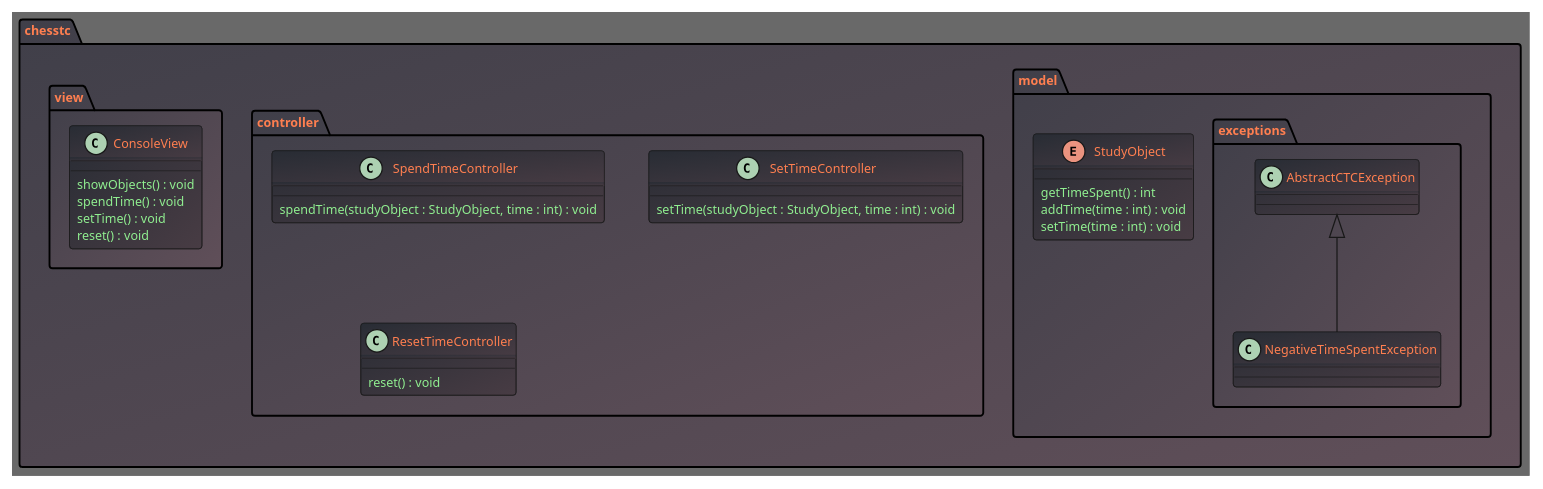
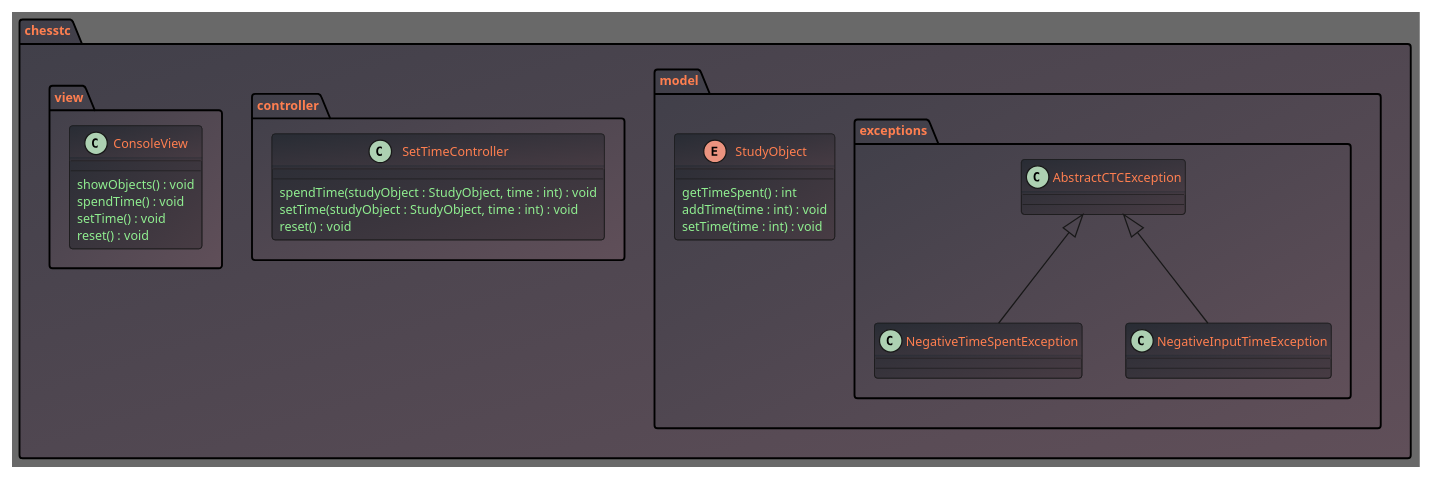
Before and after one commit to Sttanyanz/chess-training-control: the diagram in ctc.puml, drawn with PlantUML. The commit also changed 2 other files, not shown here.

```diff
--- a/ctc.puml
+++ b/ctc.puml
@@ -1,54 +1,53 @@
 @startuml
 skinparam defaultFontSize 10
 skinparam BackgroundColor DimGray
 skinparam ClassAttributeFontColor LightGreen
 skinparam PackageFontColor coral
 skinparam ClassFontColor coral
 skinparam package {
 BackgroundColor #403F49/#604F59
 }
 skinparam class {
 BackgroundColor #282C34/#483C44
 }
-skinparam groupInheritance 2
+skinparam groupInheritance 3
 
 package chesstc {
     package model {
         package exceptions {
             class AbstractCTCException
             class NegativeTimeSpentException
+            class NegativeInputTimeException
+
+            AbstractCTCException <|-- NegativeInputTimeException
             AbstractCTCException <|-- NegativeTimeSpentException
         }
 
         enum StudyObject {
             getTimeSpent() : int
             addTime(time : int) : void
             setTime(time : int) : void
         }
 
 
     }
 
     package controller {
-        class SpendTimeController {
+        class SetTimeController {
             spendTime(studyObject : StudyObject, time : int) : void
-        }
-        class SetTimeController {
             setTime(studyObject : StudyObject, time : int) : void
-        }
-        class ResetTimeController {
             reset() : void
         }
     }
 
     package view {
         class ConsoleView {
             showObjects() : void
             spendTime() : void
             setTime() : void
             reset() : void
         }
     }
 }
 
 @enduml
```
